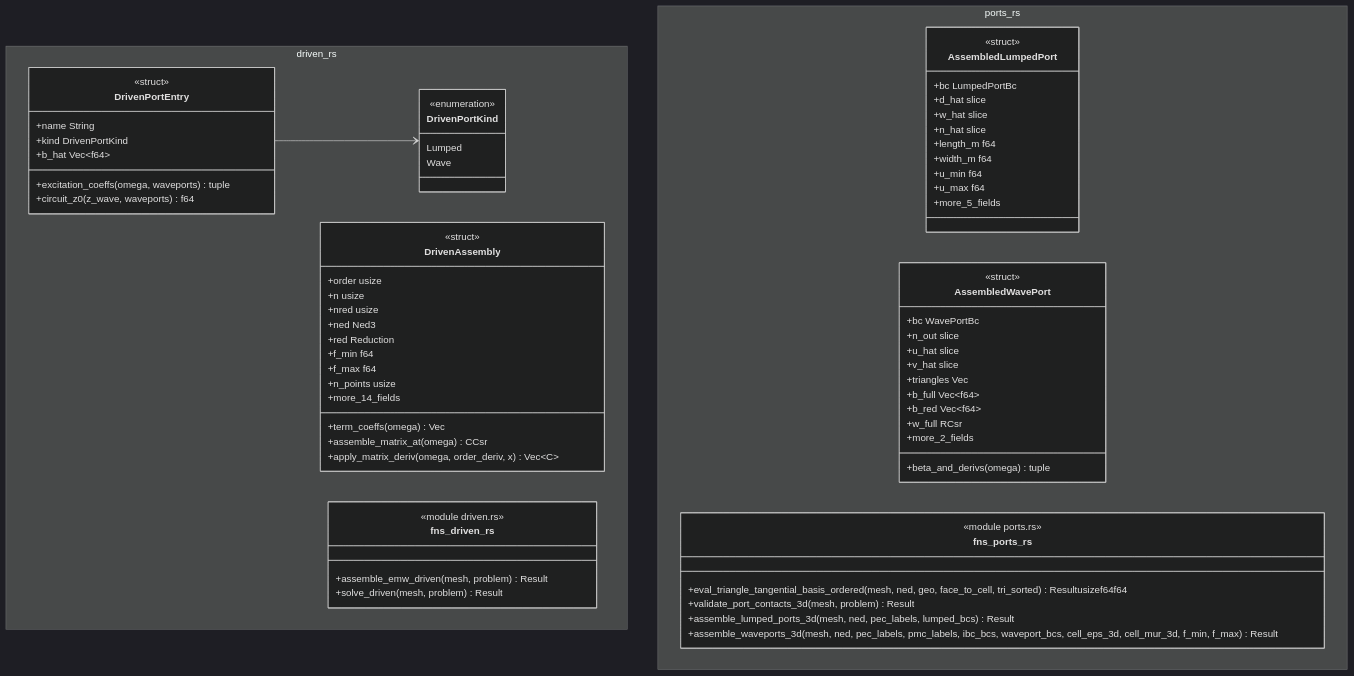
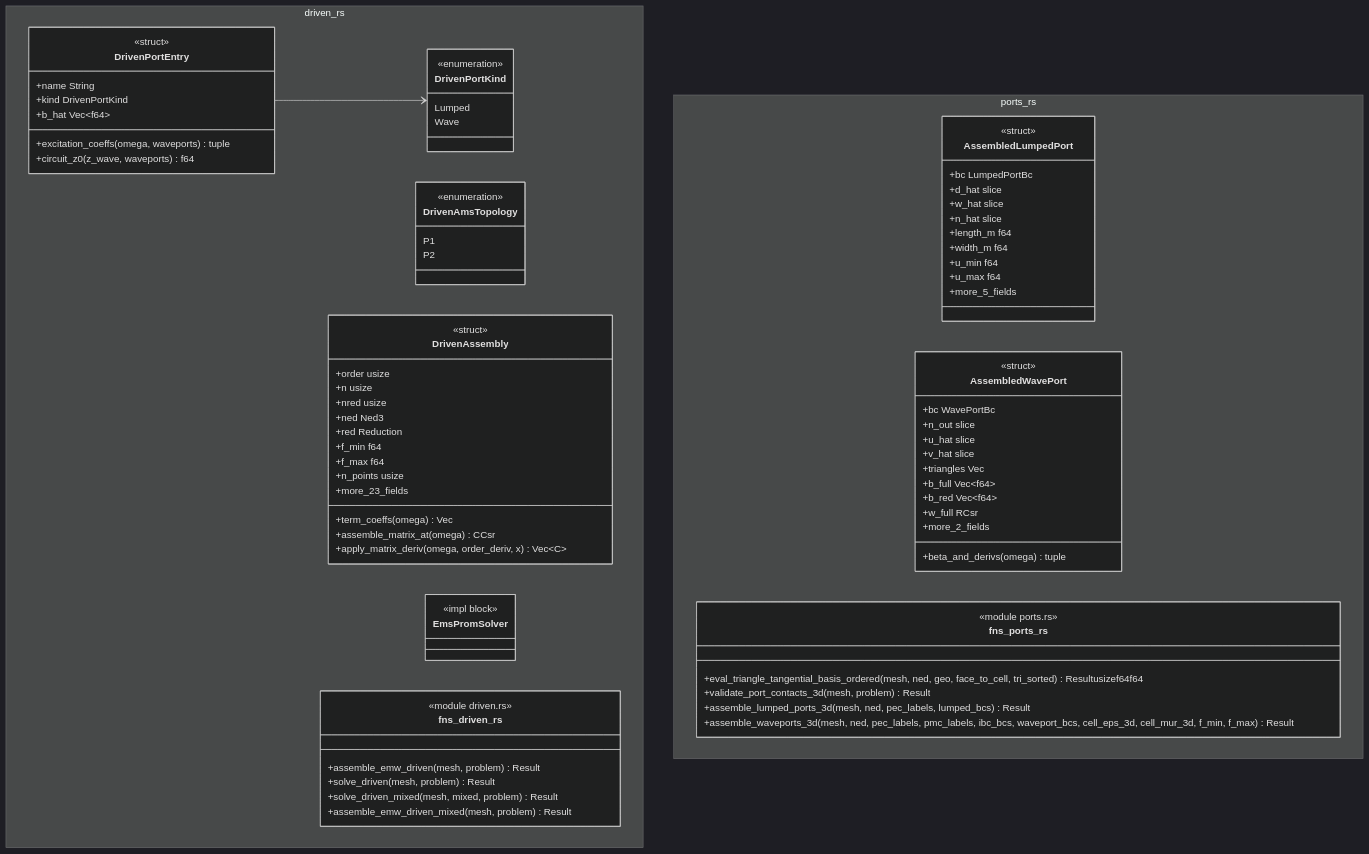
Before and after one commit to p-j-r/nyx: the diagram in docs/architecture/c4/4-code/ems/driven.md, drawn with Mermaid (dark theme). The commit also changed other lines of this file and 110 other files, not shown here.

```diff
--- a/docs/architecture/c4/4-code/ems/driven.md
+++ b/docs/architecture/c4/4-code/ems/driven.md
@@ -52,6 +55,11 @@
         +excitation_coeffs(omega, waveports) tuple
         +circuit_z0(z_wave, waveports) f64
     }
+    class DrivenAmsTopology {
+        <<enumeration>>
+        P1
+        P2
+    }
     class DrivenAssembly {
         <<struct>>
         +order usize
@@ -62,15 +70,20 @@
         +f_min f64
         +f_max f64
         +n_points usize
-        +more_14_fields
+        +more_23_fields
         +term_coeffs(omega) Vec
         +assemble_matrix_at(omega) CCsr
         +apply_matrix_deriv(omega, order_deriv, x) Vec~C~
+    }
+    class EmsPromSolver {
+        <<impl block>>
     }
     class fns_driven_rs {
         <<module driven.rs>>
         +assemble_emw_driven(mesh, problem) Result
         +solve_driven(mesh, problem) Result
+        +solve_driven_mixed(mesh, mixed, problem) Result
+        +assemble_emw_driven_mixed(mesh, problem) Result
     }
   }
   namespace ports_rs {
```
